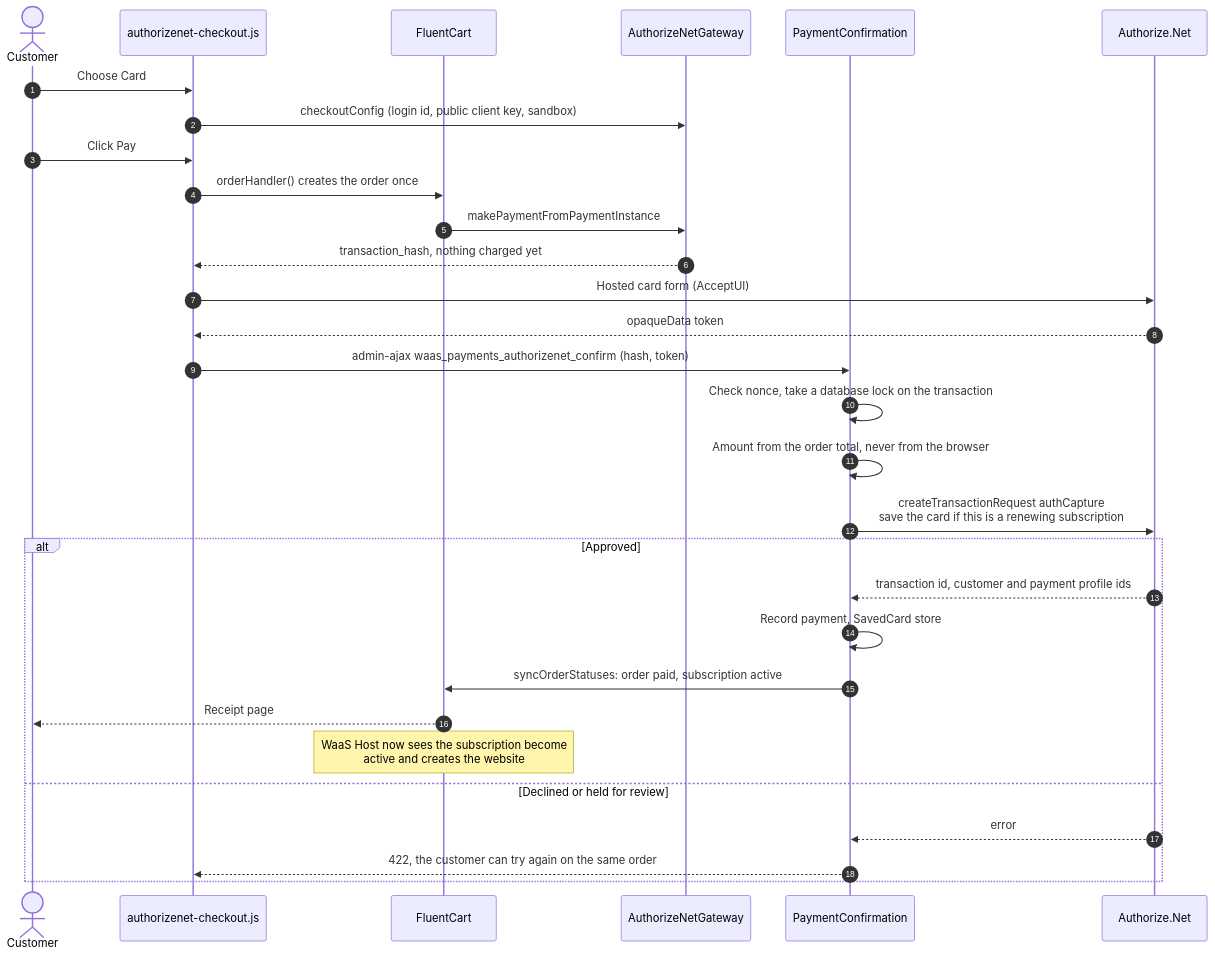
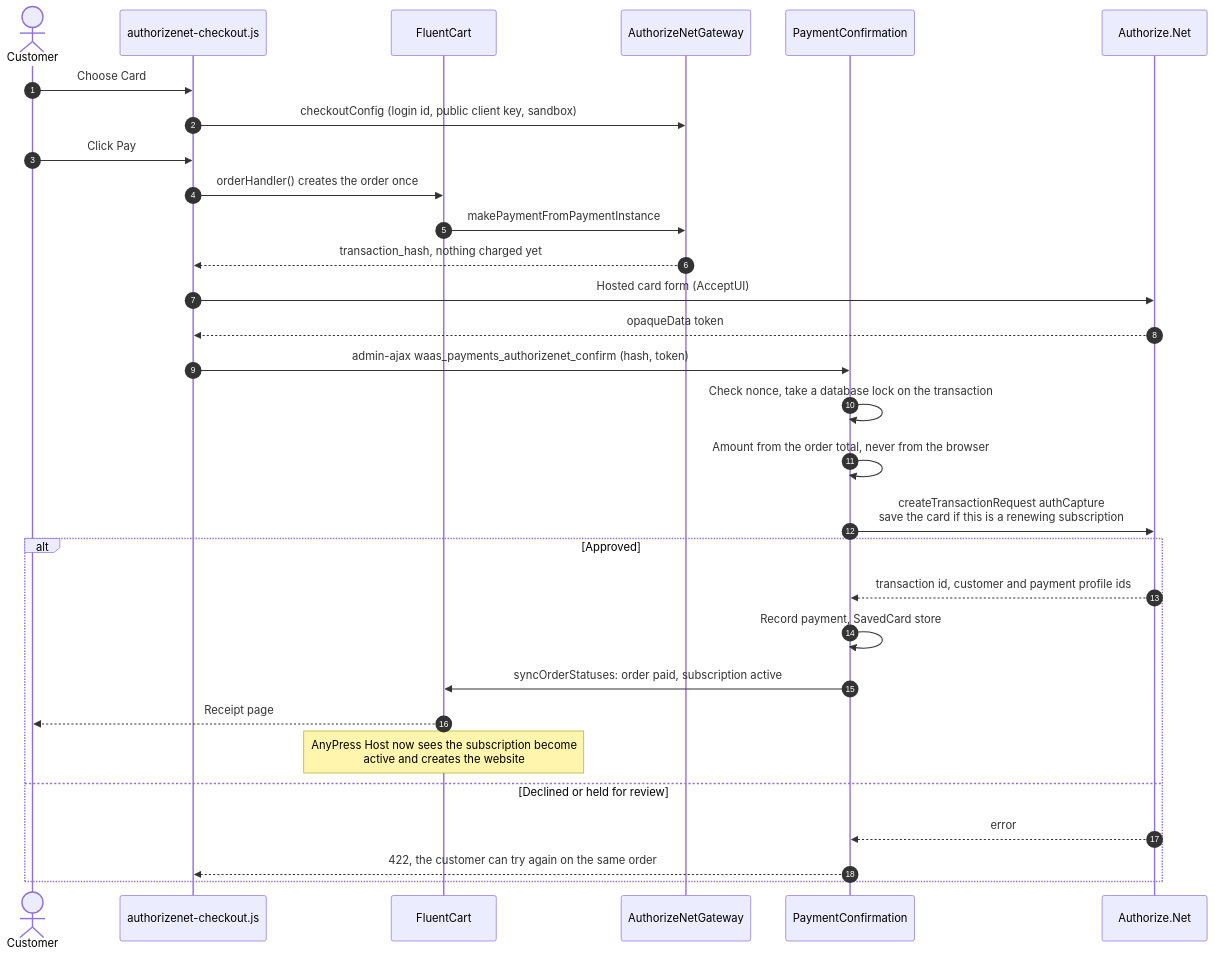
One commit to hamchowderr/waas-plugins changed the second of 5 diagrams in docs/architecture/waas-payments.md. Above: the diagram before and after it, drawn with Mermaid. The commit also changed other lines of this file and 74 other files, not shown here.

First line of the commit message:
AnyPress Host 2.11.0, AnyPress Client 2.13.0, AnyPress Payments 0.2.0-beta.3: AnyPress names (waas-api-x4a)

````diff
--- a/docs/architecture/waas-payments.md
+++ b/docs/architecture/waas-payments.md
@@ -66,33 +66,33 @@
 ```mermaid
 sequenceDiagram
   autonumber
   actor C as Customer
   participant JS as authorizenet-checkout.js
   participant FC as FluentCart
   participant GW as AuthorizeNetGateway
   participant PC as PaymentConfirmation
   participant AN as Authorize.Net
 
   C->>JS: Choose Card
   JS->>GW: checkoutConfig (login id, public client key, sandbox)
   C->>JS: Click Pay
   JS->>FC: orderHandler() creates the order once
   FC->>GW: makePaymentFromPaymentInstance
   GW-->>JS: transaction_hash, nothing charged yet
   JS->>AN: Hosted card form (AcceptUI)
   AN-->>JS: opaqueData token
   JS->>PC: admin-ajax waas_payments_authorizenet_confirm (hash, token)
   PC->>PC: Check nonce, take a database lock on the transaction
   PC->>PC: Amount from the order total, never from the browser
   PC->>AN: createTransactionRequest authCapture<br/>save the card if this is a renewing subscription
   alt Approved
     AN-->>PC: transaction id, customer and payment profile ids
     PC->>PC: Record payment, SavedCard store
     PC->>FC: syncOrderStatuses: order paid, subscription active
     FC-->>C: Receipt page
-    Note over FC: WaaS Host now sees the subscription become<br/>active and creates the website
+    Note over FC: AnyPress Host now sees the subscription become<br/>active and creates the website
   else Declined or held for review
     AN-->>PC: error
     PC-->>JS: 422, the customer can try again on the same order
   end
 ```
````
